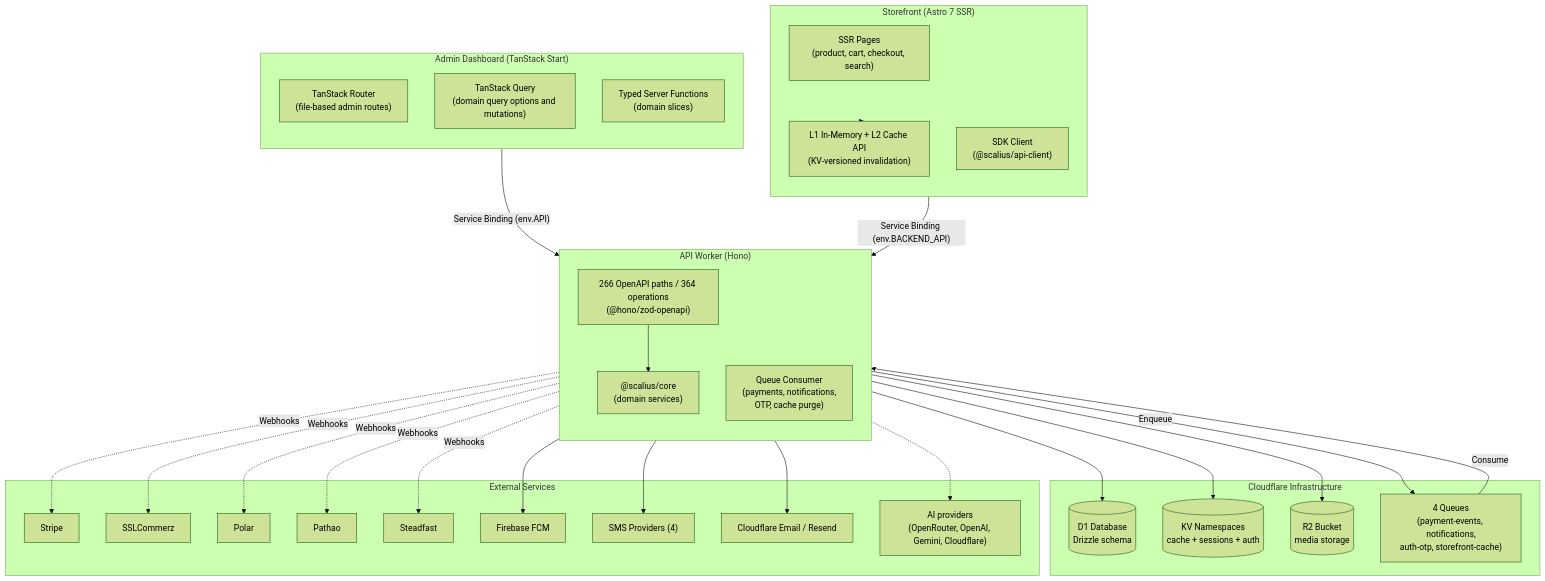
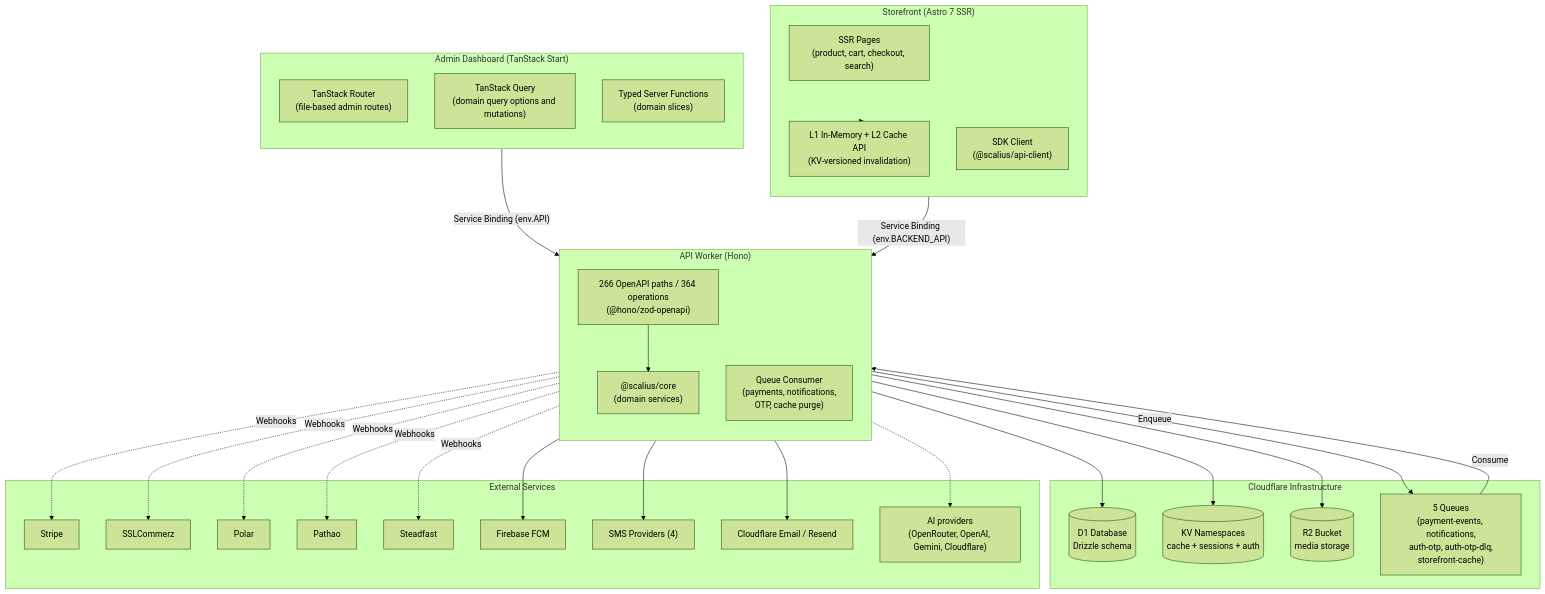
One commit to scaliuslabs/scalius-commerce-lite changed the first of 3 diagrams in README.md. Above: the diagram before and after it, drawn with Mermaid (forest theme). The commit also changed other lines of this file and 11 other files, not shown here.

Commit message:
Archive auth OTP dead letters

````diff
--- a/README.md
+++ b/README.md
@@ -87,62 +87,62 @@
 ```mermaid
 flowchart TB
     subgraph AdminV2 ["Admin Dashboard (TanStack Start)"]
         direction TB
         TSRouter["TanStack Router<br/>(file-based admin routes)"]
         TSQuery["TanStack Query<br/>(domain query options and mutations)"]
         ServerFns["Typed Server Functions<br/>(domain slices)"]
     end
 
     subgraph Storefront ["Storefront (Astro 7 SSR)"]
         direction TB
         AstroPages["SSR Pages<br/>(product, cart, checkout, search)"]
         EdgeCache["L1 In-Memory + L2 Cache API<br/>(KV-versioned invalidation)"]
         SDKClient["SDK Client<br/>(@scalius/api-client)"]
     end
 
     subgraph API ["API Worker (Hono)"]
         direction TB
         HonoApp["266 OpenAPI paths / 364 operations<br/>(@hono/zod-openapi)"]
         QueueConsumer["Queue Consumer<br/>(payments, notifications,<br/>OTP, cache purge)"]
         CoreModules["@scalius/core<br/>(domain services)"]
     end
 
     subgraph Infra ["Cloudflare Infrastructure"]
         D1[(D1 Database<br/>Drizzle schema)]
         KV[(KV Namespaces<br/>cache + sessions + auth)]
         R2[(R2 Bucket<br/>media storage)]
-        Queues["4 Queues<br/>(payment-events, notifications,<br/>auth-otp, storefront-cache)"]
+        Queues["5 Queues<br/>(payment-events, notifications,<br/>auth-otp, auth-otp-dlq,<br/>storefront-cache)"]
     end
 
     subgraph External ["External Services"]
         Stripe["Stripe"]
         SSLCommerz["SSLCommerz"]
         Polar["Polar"]
         Pathao["Pathao"]
         Steadfast["Steadfast"]
         Firebase["Firebase FCM"]
         SMS["SMS Providers (4)"]
         EmailProvider["Cloudflare Email / Resend"]
         AIProviders["AI providers<br/>(OpenRouter, OpenAI, Gemini, Cloudflare)"]
     end
 
     AdminV2 -->|"Service Binding (env.API)"| API
     Storefront -->|"Service Binding (env.BACKEND_API)"| API
     API --> D1
     API --> KV
     API --> R2
     API -->|Enqueue| Queues
     Queues -->|Consume| QueueConsumer
     QueueConsumer --> Firebase
     QueueConsumer --> SMS
     QueueConsumer --> EmailProvider
     HonoApp --> CoreModules
     Storefront --> EdgeCache
 
     API -.->|Webhooks| Stripe
     API -.->|Webhooks| SSLCommerz
     API -.->|Webhooks| Polar
     API -.->|Webhooks| Pathao
     API -.->|Webhooks| Steadfast
     API -.-> AIProviders
 ```
````
